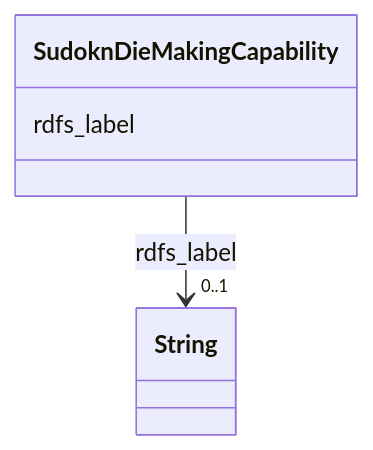
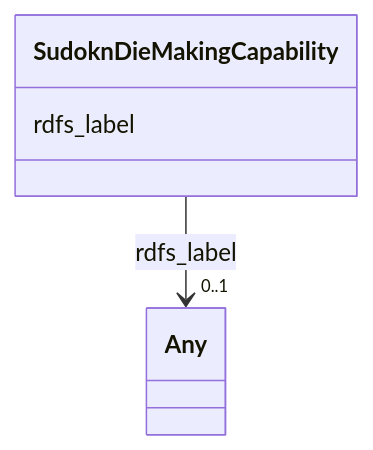
One commit to frink-okn/graph-descriptions changed the diagram in sudokn-kg/classes/SudoknDieMakingCapability.md. Above: the diagram before and after it, drawn with Mermaid. The commit also changed other lines of this file and 903 other files, not shown here.

````diff
--- a/sudokn-kg/classes/SudoknDieMakingCapability.md
+++ b/sudokn-kg/classes/SudoknDieMakingCapability.md
@@ -23,15 +18,15 @@
 ```mermaid
  classDiagram
     class SudoknDieMakingCapability
     click SudoknDieMakingCapability href "../SudoknDieMakingCapability"
       SudoknDieMakingCapability : rdfs_label
         
           
     
     
-    SudoknDieMakingCapability --> "0..1" String : rdfs_label
-    click String href "../String"
+    SudoknDieMakingCapability --> "0..1" Any : rdfs_label
+    click Any href "../Any"
 
         
       
 ```
````
